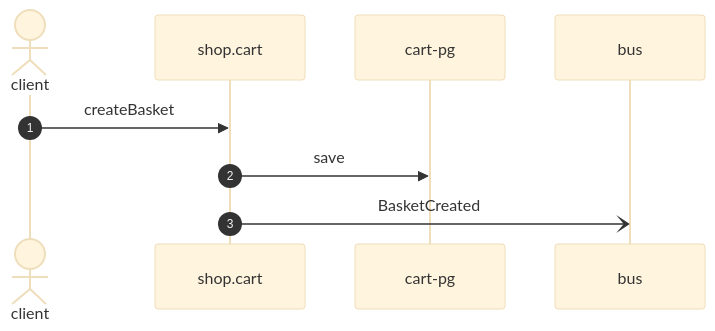
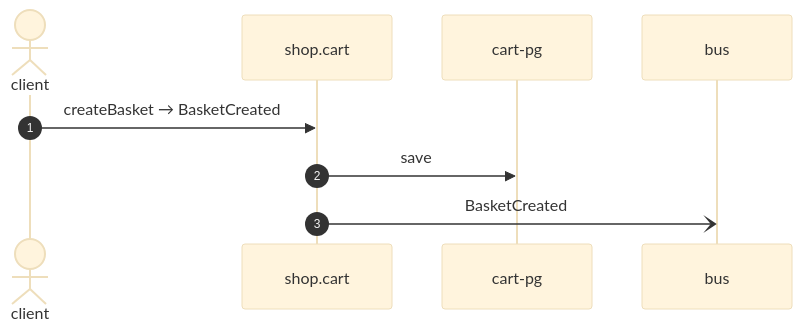
One commit to shortlink-org/portolan changed the diagram in docs/flows/cart-create-basket.md. Above: the diagram before and after it, drawn with Mermaid (base theme). The commit also changed other lines of this file and 87 other files, not shown here.

````diff
--- a/docs/flows/cart-create-basket.md
+++ b/docs/flows/cart-create-basket.md
@@ -20,11 +20,11 @@
 ```mermaid
 sequenceDiagram
     autonumber
     actor p0 as client
     participant p1 as shop.cart
     participant p2 as cart-pg
     participant p3 as bus
-    p0->>p1: createBasket
+    p0->>p1: createBasket → BasketCreated
     p1->>p2: save
     p1-)p3: BasketCreated
 ```
````
